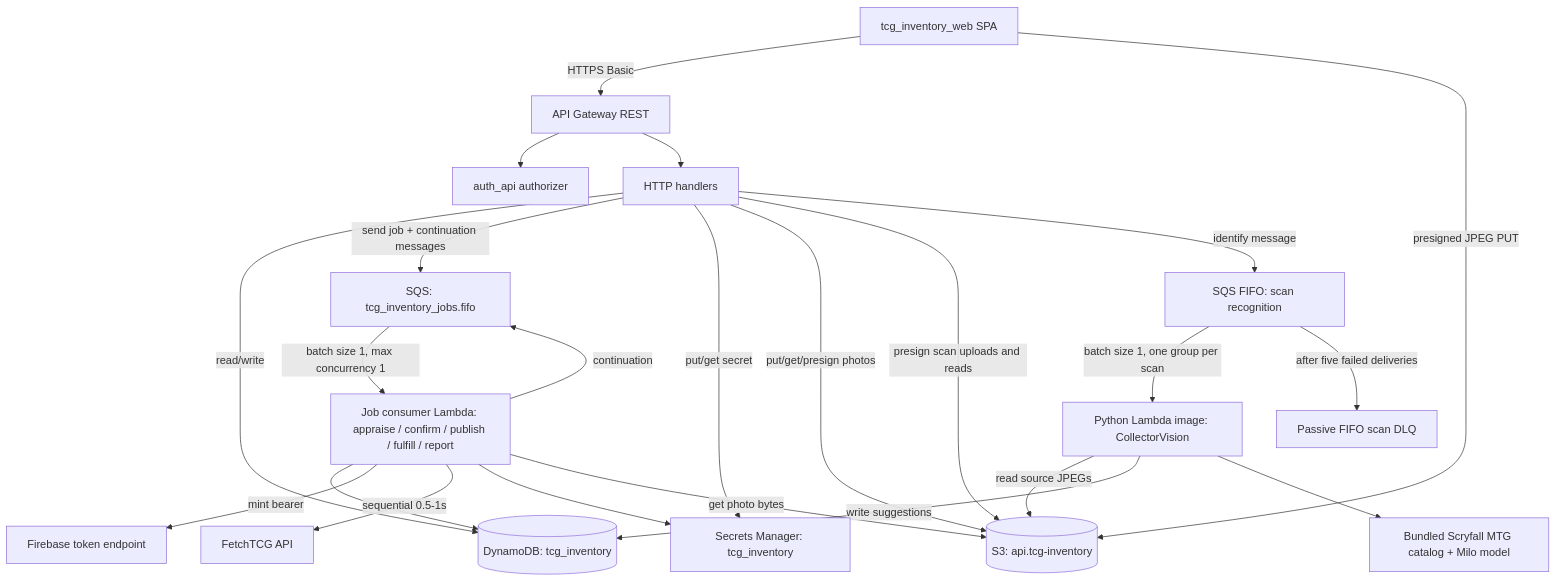
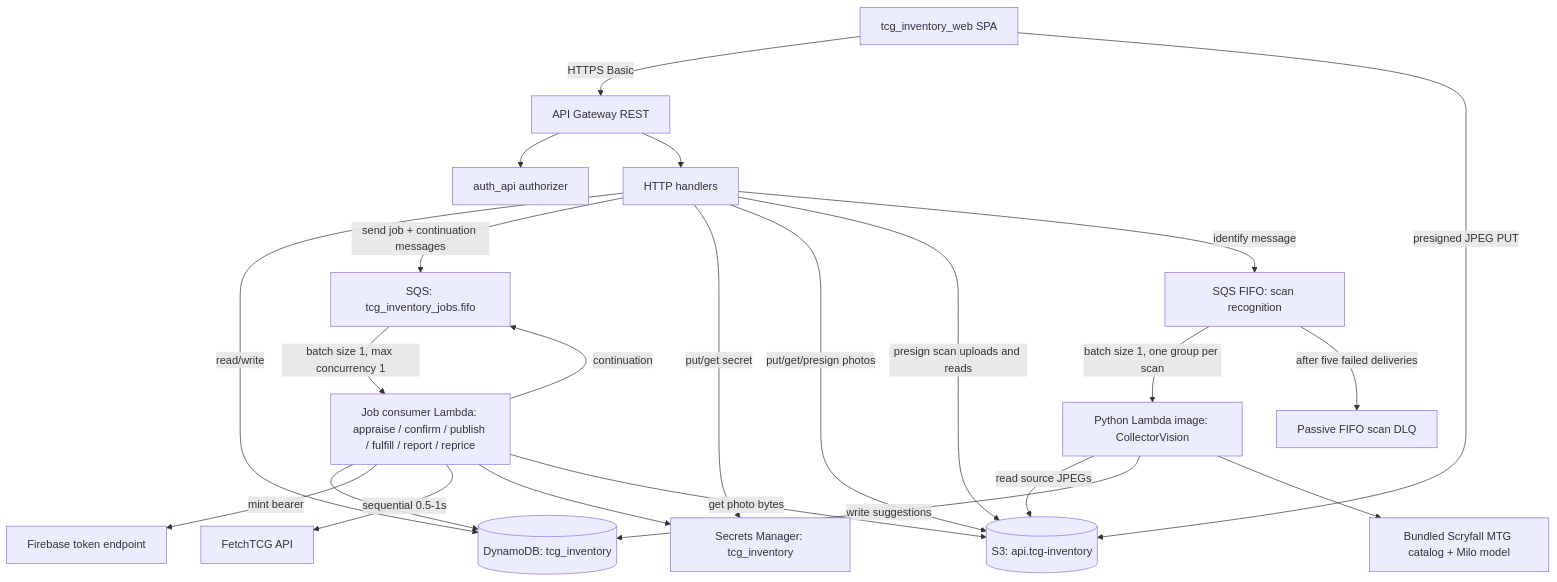
Before and after one commit to jordansimsmith/jordansimsmith-com: the first of 3 diagrams in tcg_inventory_api/README.md, drawn with Mermaid. The commit also changed other lines of this file and 12 other files, not shown here.

````diff
--- a/tcg_inventory_api/README.md
+++ b/tcg_inventory_api/README.md
@@ -66,25 +66,25 @@
 ```mermaid
 flowchart TD
   web[tcg_inventory_web SPA] -->|HTTPS Basic| apigw[API Gateway REST]
   apigw --> authz[auth_api authorizer]
   apigw --> http[HTTP handlers]
   http -->|read/write| ddb[(DynamoDB: tcg_inventory)]
   http -->|send job + continuation messages| sqs[SQS: tcg_inventory_jobs.fifo]
-  sqs -->|batch size 1, max concurrency 1| jobs[Job consumer Lambda: appraise / confirm / publish / fulfill / report]
+  sqs -->|batch size 1, max concurrency 1| jobs[Job consumer Lambda: appraise / confirm / publish / fulfill / report / reprice]
   jobs --> ddb
   jobs -->|continuation| sqs
   jobs -->|mint bearer| firebase[Firebase token endpoint]
   jobs -->|sequential 0.5-1s| fetchtcg[FetchTCG API]
   http -->|put/get secret| secrets[Secrets Manager: tcg_inventory]
   jobs --> secrets
   http -->|put/get/presign photos| s3[(S3: api.tcg-inventory)]
   jobs -->|get photo bytes| s3
   http -->|presign scan uploads and reads| s3
   web -->|presigned JPEG PUT| s3
   http -->|identify message| scansqs[SQS FIFO: scan recognition]
   scansqs -->|batch size 1, one group per scan| scanworker[Python Lambda image: CollectorVision]
   scansqs -->|after five failed deliveries| scandlq[Passive FIFO scan DLQ]
   scanworker -->|read source JPEGs| s3
   scanworker -->|write suggestions| ddb
   scanworker --> catalog[Bundled Scryfall MTG catalog + Milo model]
 ```
````
